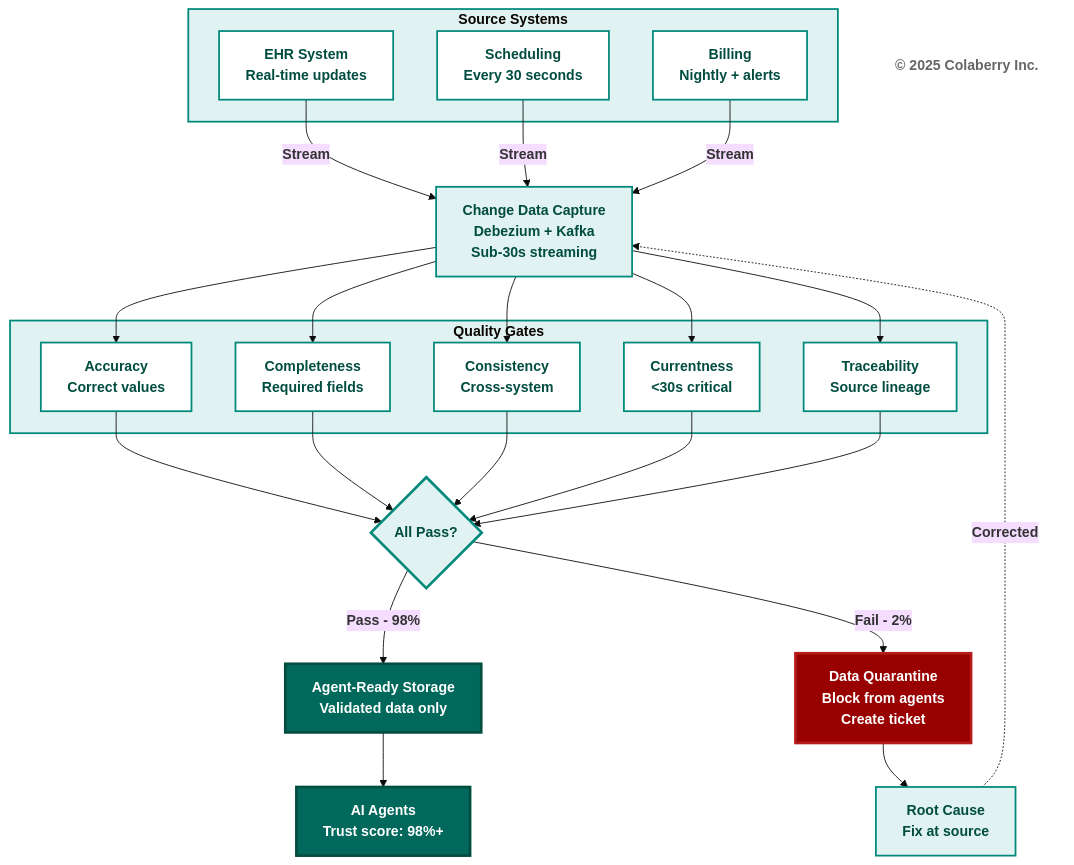
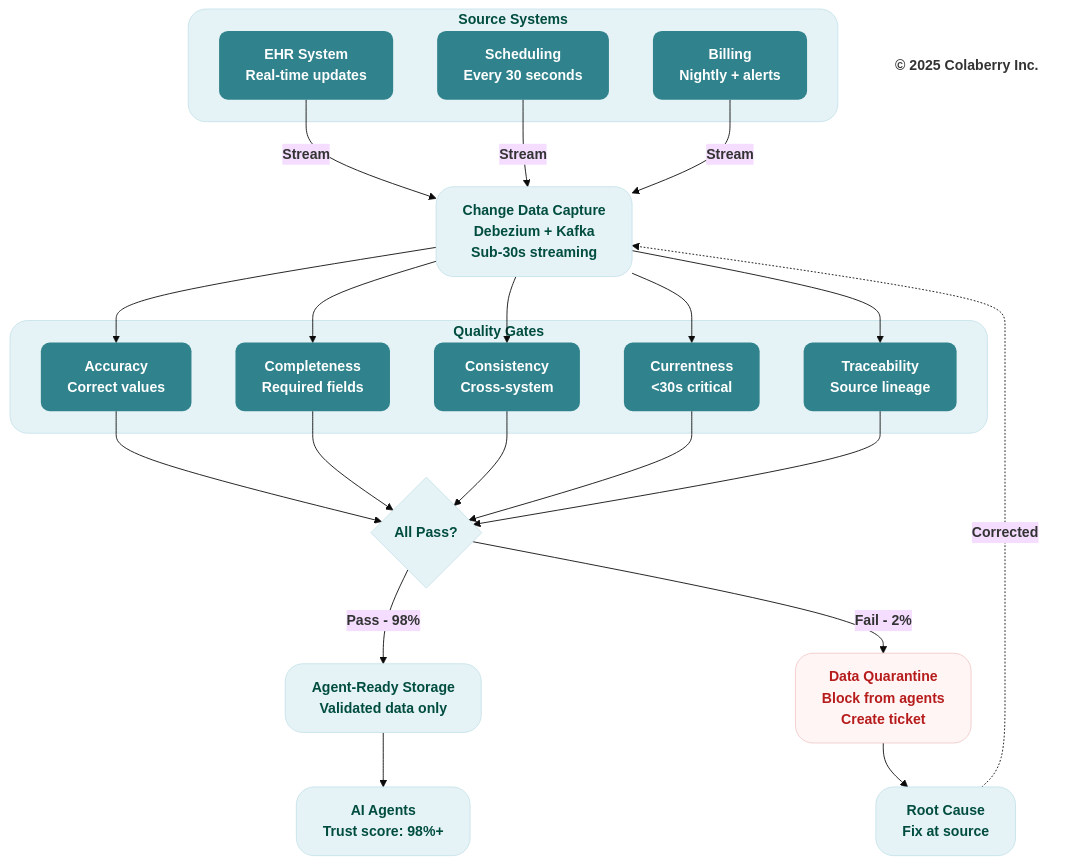
Diagram 11 of 14 in manuscript/08_chapter_7_goals_framework.md (saitejesh-cyber/trust-before-intelligence-book), drawn with Mermaid (base theme) before and after one commit. The commit also changed other lines of this file and 7 other files, not shown here.

Commit message:
Chapter 6to13: Updated mermaid diagrams based on new colaberry color code

````diff
--- a/manuscript/08_chapter_7_goals_framework.md
+++ b/manuscript/08_chapter_7_goals_framework.md
@@ -1376,65 +1376,65 @@
 ```mermaid
 graph TB
     subgraph SOURCES["<b>Source Systems</b>"]
         S1["<b>EHR System</b><br/><b>Real-time updates</b>"]
         S2["<b>Scheduling</b><br/><b>Every 30 seconds</b>"]
         S3["<b>Billing</b><br/><b>Nightly + alerts</b>"]
     end
     
     CDC["<b>Change Data Capture</b><br/><b>Debezium + Kafka</b><br/><b>Sub-30s streaming</b>"]
     
     S1 -->|<b>Stream</b>| CDC
     S2 -->|<b>Stream</b>| CDC
     S3 -->|<b>Stream</b>| CDC
     
     subgraph CHECKS["<b>Quality Gates</b>"]
         Q1["<b>Accuracy</b><br/><b>Correct values</b>"]
         Q2["<b>Completeness</b><br/><b>Required fields</b>"]
         Q3["<b>Consistency</b><br/><b>Cross-system</b>"]
         Q4["<b>Currentness</b><br/><b><30s critical</b>"]
         Q5["<b>Traceability</b><br/><b>Source lineage</b>"]
     end
     
     CDC --> Q1
     CDC --> Q2
     CDC --> Q3
     CDC --> Q4
     CDC --> Q5
     
     GATE{<b>All Pass?</b>}
     
     Q1 --> GATE
     Q2 --> GATE
     Q3 --> GATE
     Q4 --> GATE
     Q5 --> GATE
     
     GATE -->|<b>Pass - 98%</b>| STORAGE["<b>Agent-Ready Storage</b><br/><b>Validated data only</b>"]
     
     GATE -->|<b>Fail - 2%</b>| QUARANTINE["<b>Data Quarantine</b><br/><b>Block from agents</b><br/><b>Create ticket</b>"]
     
     STORAGE --> AGENTS["<b>AI Agents</b><br/><b>Trust score: 98%+</b>"]
     
     QUARANTINE --> FIX["<b>Root Cause</b><br/><b>Fix at source</b>"]
     FIX -.->|<b>Corrected</b>| CDC
     
-    style SOURCES fill:#e0f2f1,stroke:#00897b,stroke-width:2px
-    style S1 fill:#ffffff,stroke:#00897b,stroke-width:2px,color:#004d40
-    style S2 fill:#ffffff,stroke:#00897b,stroke-width:2px,color:#004d40
-    style S3 fill:#ffffff,stroke:#00897b,stroke-width:2px,color:#004d40
-    style CDC fill:#e0f2f1,stroke:#00897b,stroke-width:2px,color:#004d40
-    style CHECKS fill:#e0f2f1,stroke:#00897b,stroke-width:2px
-    style Q1 fill:#ffffff,stroke:#00897b,stroke-width:2px,color:#004d40
-    style Q2 fill:#ffffff,stroke:#00897b,stroke-width:2px,color:#004d40
-    style Q3 fill:#ffffff,stroke:#00897b,stroke-width:2px,color:#004d40
-    style Q4 fill:#ffffff,stroke:#00897b,stroke-width:2px,color:#004d40
-    style Q5 fill:#ffffff,stroke:#00897b,stroke-width:2px,color:#004d40
-    style GATE fill:#e0f2f1,stroke:#00897b,stroke-width:3px,color:#004d40
-    style STORAGE fill:#00695c,color:#ffffff,stroke:#004d40,stroke-width:3px
-    style QUARANTINE fill:#990000,color:#ffffff,stroke:#b71c1c,stroke-width:3px
-    style AGENTS fill:#00695c,color:#ffffff,stroke:#004d40,stroke-width:3px
-    style FIX fill:#e0f2f1,stroke:#00897b,stroke-width:2px,color:#004d40
+    style SOURCES fill:#e6f3f6,stroke:#c7e3ea,stroke-width:1px,color:#004d40,rx:20,ry:20
+    style S1 fill:#30838C,stroke:none,color:#ffffff,rx:10,ry:10
+    style S2 fill:#30838C,stroke:none,color:#ffffff,rx:10,ry:10
+    style S3 fill:#30838C,stroke:none,color:#ffffff,rx:10,ry:10
+    style CDC fill:#e6f3f6,stroke:#c7e3ea,stroke-width:1px,color:#004d40,rx:20,ry:20
+    style CHECKS fill:#e6f3f6,stroke:#c7e3ea,stroke-width:1px,color:#004d40,rx:20,ry:20
+    style Q1 fill:#30838C,stroke:none,color:#ffffff,rx:10,ry:10
+    style Q2 fill:#30838C,stroke:none,color:#ffffff,rx:10,ry:10
+    style Q3 fill:#30838C,stroke:none,color:#ffffff,rx:10,ry:10
+    style Q4 fill:#30838C,stroke:none,color:#ffffff,rx:10,ry:10
+    style Q5 fill:#30838C,stroke:none,color:#ffffff,rx:10,ry:10
+    style GATE fill:#e6f3f6,stroke:#c7e3ea,stroke-width:1px,color:#004d40,rx:20,ry:20
+    style STORAGE fill:#e6f3f6,stroke:#c7e3ea,stroke-width:1px,color:#004d40,rx:20,ry:20
+    style QUARANTINE fill:#fff5f5,stroke:#f2caca,stroke-width:1px,color:#b71c1c,rx:20,ry:20
+    style AGENTS fill:#e6f3f6,stroke:#c7e3ea,stroke-width:1px,color:#004d40,rx:20,ry:20
+    style FIX fill:#e6f3f6,stroke:#c7e3ea,stroke-width:1px,color:#004d40,rx:20,ry:20
     
     Copyright["<b>© 2025 Colaberry Inc.</b>"]
-    style Copyright fill:#ffffff,stroke:none,color:#666666
+    style Copyright fill:none,stroke:none,color:#333333
 ```
````
